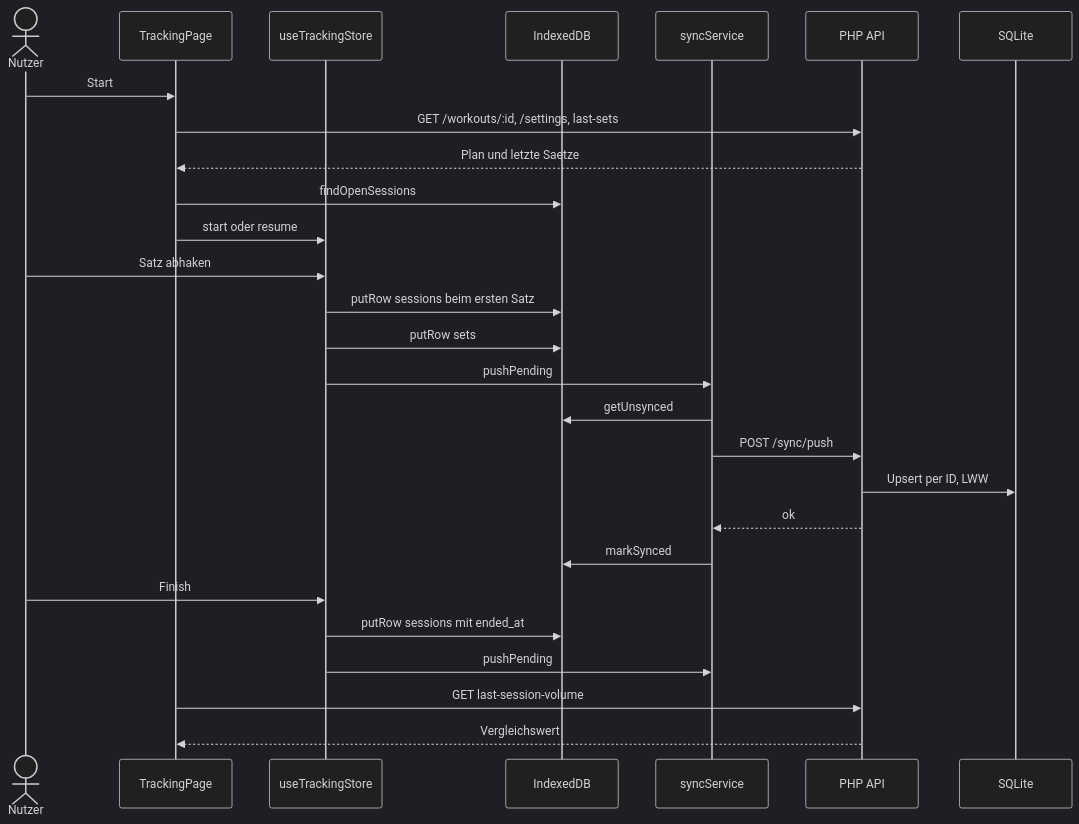
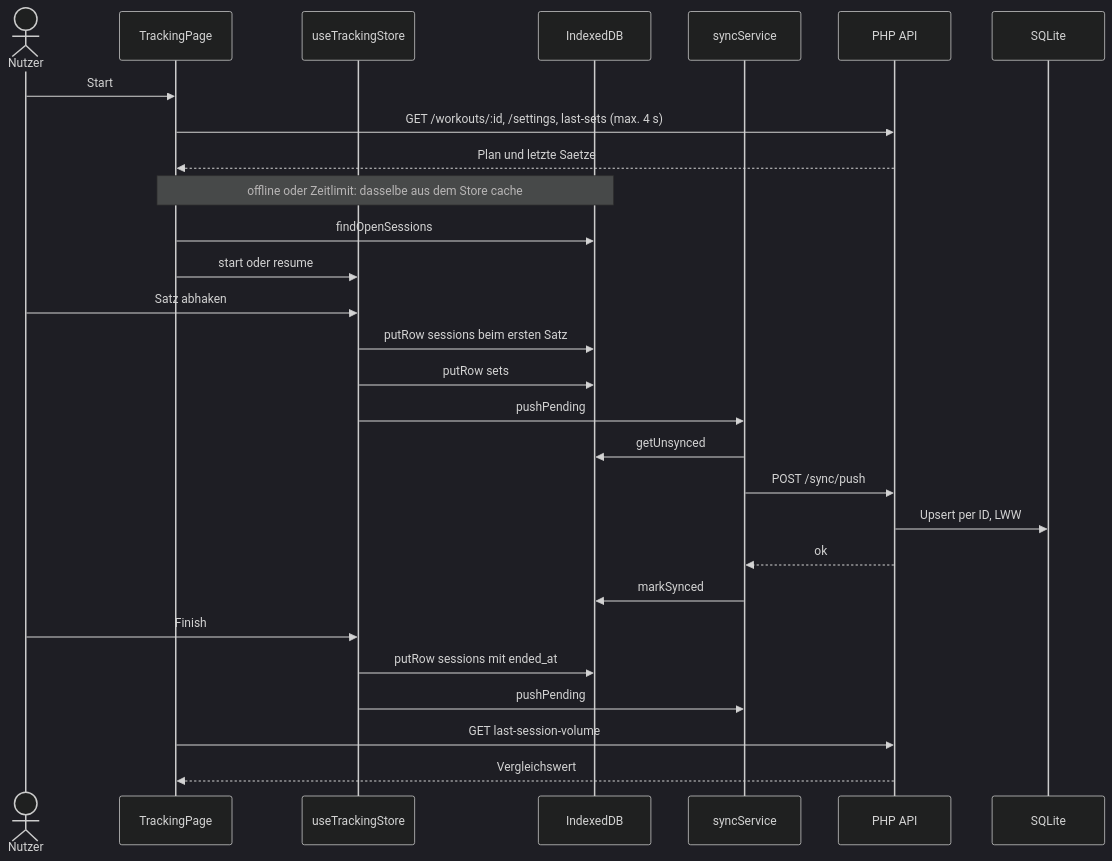
The first of 3 diagrams in docs/architecture/05-api.md (kaywiegand/gym-tracker-app), drawn with Mermaid (dark theme) before and after one commit. The commit also changed other lines of this file and 29 other files, not shown here.

````diff
--- a/docs/architecture/05-api.md
+++ b/docs/architecture/05-api.md
@@ -164,30 +167,31 @@
 ```mermaid
 sequenceDiagram
     actor K as Nutzer
     participant T as TrackingPage
     participant S as useTrackingStore
     participant L as IndexedDB
     participant Y as syncService
     participant A as PHP API
     participant D as SQLite
 
     K->>T: Start
-    T->>A: GET /workouts/:id, /settings, last-sets
+    T->>A: GET /workouts/:id, /settings, last-sets (max. 4 s)
     A-->>T: Plan und letzte Saetze
+    Note over T,L: offline oder Zeitlimit: dasselbe aus dem Store cache
     T->>L: findOpenSessions
     T->>S: start oder resume
     K->>S: Satz abhaken
     S->>L: putRow sessions beim ersten Satz
     S->>L: putRow sets
     S->>Y: pushPending
     Y->>L: getUnsynced
     Y->>A: POST /sync/push
     A->>D: Upsert per ID, LWW
     A-->>Y: ok
     Y->>L: markSynced
     K->>S: Finish
     S->>L: putRow sessions mit ended_at
     S->>Y: pushPending
     T->>A: GET last-session-volume
     A-->>T: Vergleichswert
 ```
````
